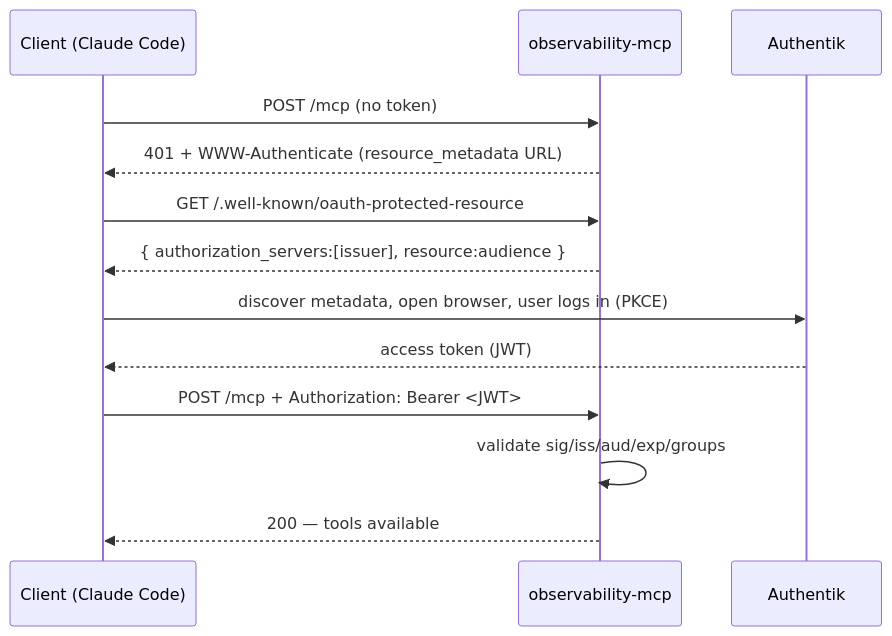
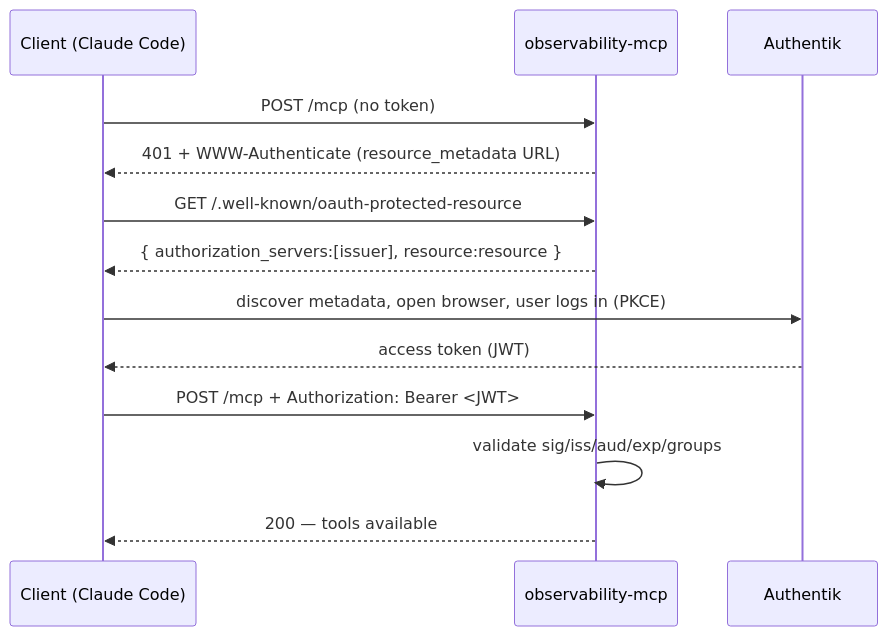
One commit to truepace-io-oss/observability-mcp-server changed the diagram in docs/auth.md. Above: the diagram before and after it, drawn with Mermaid. The commit also changed other lines of this file and 10 other files, not shown here.

Commit message:
fix: separate OAuth resource from token audience

````diff
--- a/docs/auth.md
+++ b/docs/auth.md
@@ -63,15 +64,15 @@
 ```mermaid
 sequenceDiagram
   participant C as Client (Claude Code)
   participant M as observability-mcp
   participant P as Authentik
   C->>M: POST /mcp (no token)
   M-->>C: 401 + WWW-Authenticate (resource_metadata URL)
   C->>M: GET /.well-known/oauth-protected-resource
-  M-->>C: { authorization_servers:[issuer], resource:audience }
+  M-->>C: { authorization_servers:[issuer], resource:resource }
   C->>P: discover metadata, open browser, user logs in (PKCE)
   P-->>C: access token (JWT)
   C->>M: POST /mcp + Authorization: Bearer <JWT>
   M->>M: validate sig/iss/aud/exp/groups
   M-->>C: 200 — tools available
 ```
````
